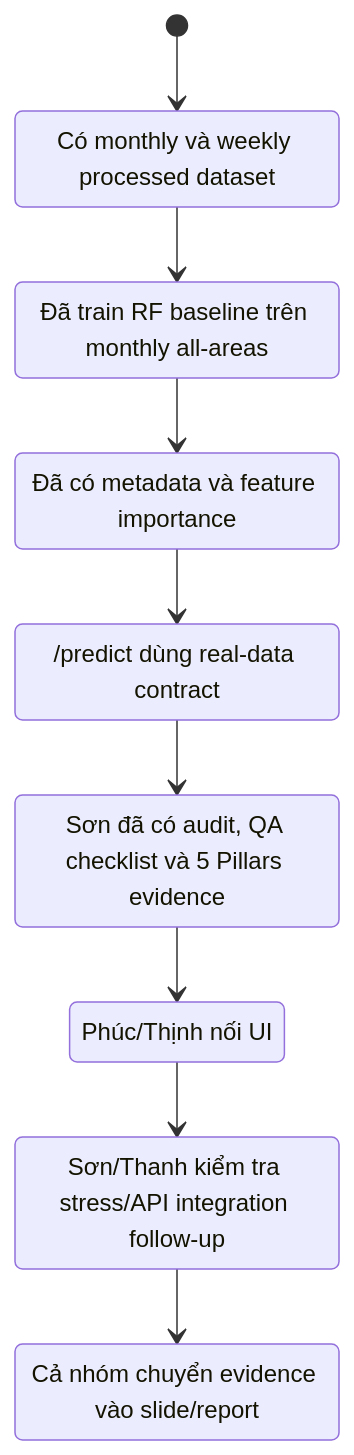
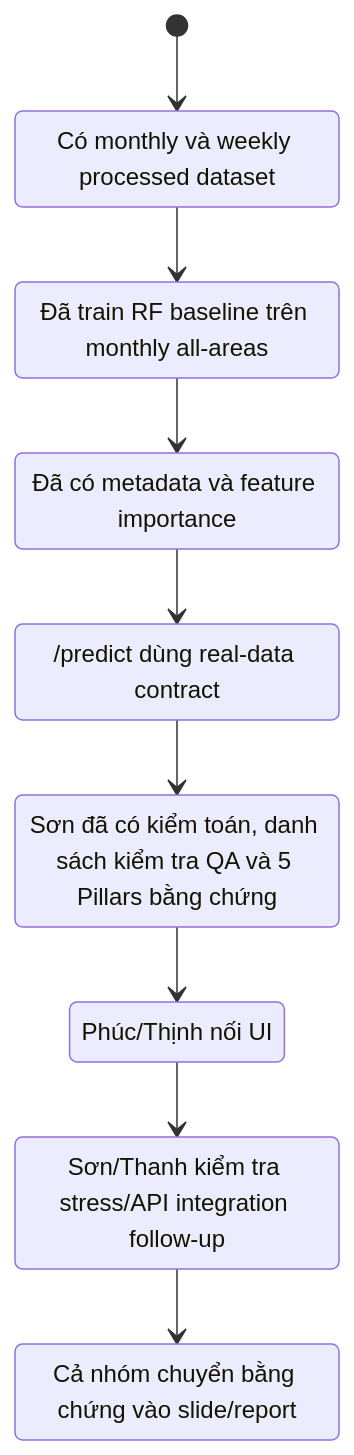
One commit to uit-25730067-chithanh/AI002-Team22-DT10 changed the sixth of 7 diagrams in docs/discussions/2026-05-13-team-data-flow-roadmap.md. Above: the diagram before and after it, drawn with Mermaid. The commit also changed other lines of this file and 6 other files, not shown here.

````diff
--- a/docs/discussions/2026-05-13-team-data-flow-roadmap.md
+++ b/docs/discussions/2026-05-13-team-data-flow-roadmap.md
@@ -152,20 +152,20 @@
 ```mermaid
 stateDiagram-v2
     [*] --> DaCoDataProcessed
     DaCoDataProcessed --> DaTrainBaseline
     DaTrainBaseline --> DaCoBestModel
     DaCoBestModel --> DaCapNhatAPI
     DaCapNhatAPI --> DaCoEvaluationPack
     DaCoEvaluationPack --> ChoFrontendNoiAPI
     ChoFrontendNoiAPI --> ChoStressTestAPI
     ChoStressTestAPI --> ChoBaoCao
 
     DaCoDataProcessed: Có monthly và weekly processed dataset
     DaTrainBaseline: Đã train RF baseline trên monthly all-areas
     DaCoBestModel: Đã có metadata và feature importance
     DaCapNhatAPI: /predict dùng real-data contract
-    DaCoEvaluationPack: Sơn đã có audit, QA checklist và 5 Pillars evidence
+    DaCoEvaluationPack: Sơn đã có kiểm toán, danh sách kiểm tra QA và 5 Pillars bằng chứng
     ChoFrontendNoiAPI: Phúc/Thịnh nối UI
     ChoStressTestAPI: Sơn/Thanh kiểm tra stress/API integration follow-up
-    ChoBaoCao: Cả nhóm chuyển evidence vào slide/report
+    ChoBaoCao: Cả nhóm chuyển bằng chứng vào slide/report
 ```
````
